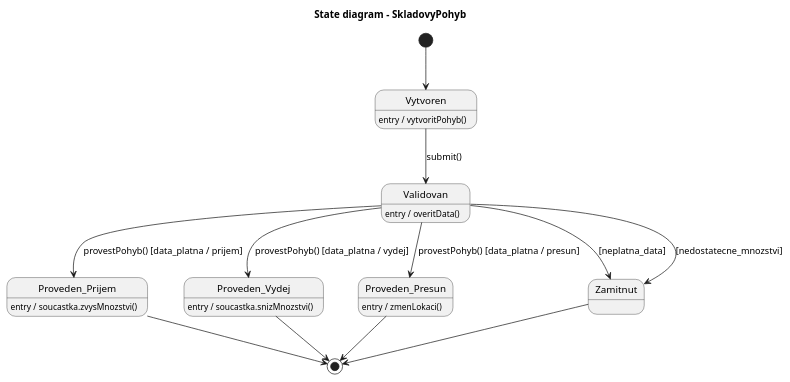
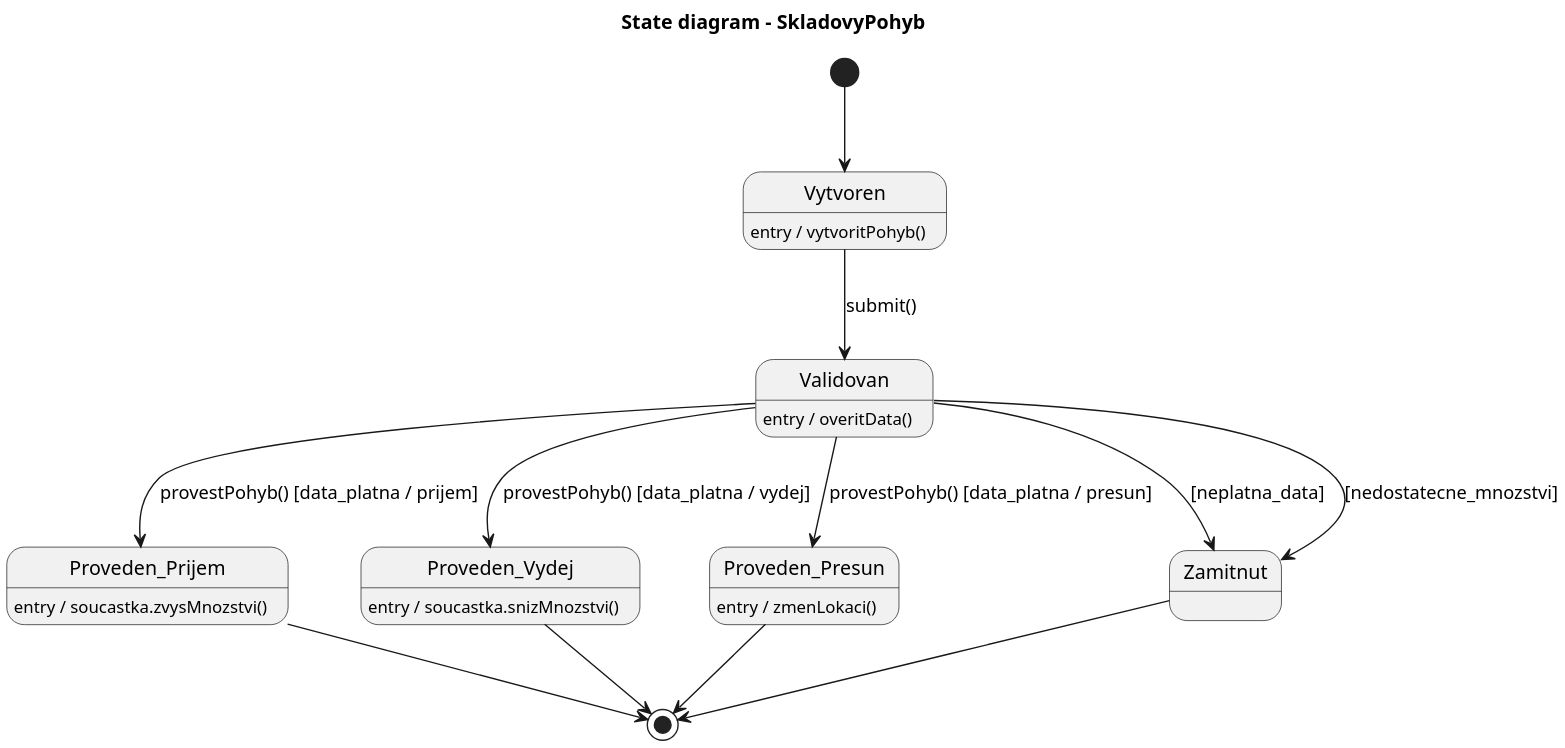
Before and after one commit to lkvapil/wms-elektronicke-soucastky: the diagram in diagrams/09_state_pohyb_skladu.puml, drawn with PlantUML. The commit also changed 2 other files, not shown here.

Commit message:
docs: zvetseni state diagramu SkladovyPohyb (scale 2)

```diff
--- a/diagrams/09_state_pohyb_skladu.puml
+++ b/diagrams/09_state_pohyb_skladu.puml
@@ -1,25 +1,26 @@
 @startuml
+scale 2
 title State diagram - SkladovyPohyb
 
 [*] --> Vytvoren
 
 Vytvoren : entry / vytvoritPohyb()
 Vytvoren --> Validovan : submit()
 
 Validovan : entry / overitData()
 Validovan --> Proveden_Prijem : provestPohyb() [data_platna / prijem]
 Validovan --> Proveden_Vydej : provestPohyb() [data_platna / vydej]
 Validovan --> Proveden_Presun : provestPohyb() [data_platna / presun]
 Validovan --> Zamitnut : [neplatna_data]
 Validovan --> Zamitnut : [nedostatecne_mnozstvi]
 
 Proveden_Prijem : entry / soucastka.zvysMnozstvi()
 Proveden_Vydej : entry / soucastka.snizMnozstvi()
 Proveden_Presun : entry / zmenLokaci()
 
 Proveden_Prijem --> [*]
 Proveden_Vydej --> [*]
 Proveden_Presun --> [*]
 Zamitnut --> [*]
 
 @enduml
```
